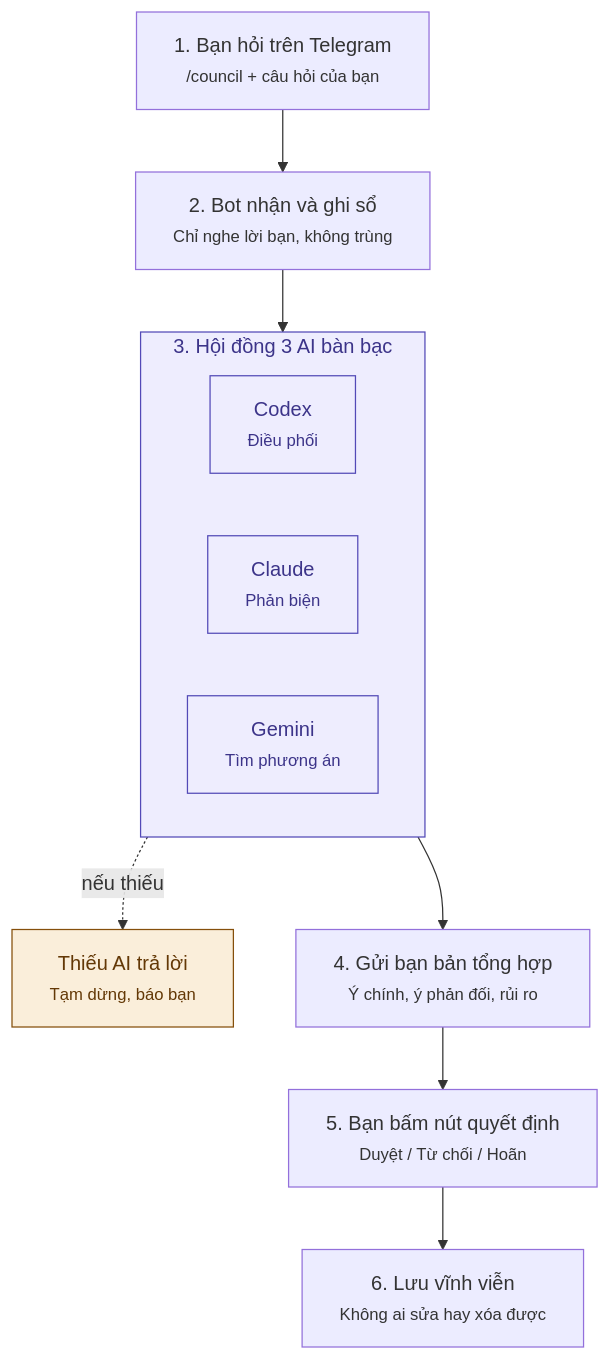
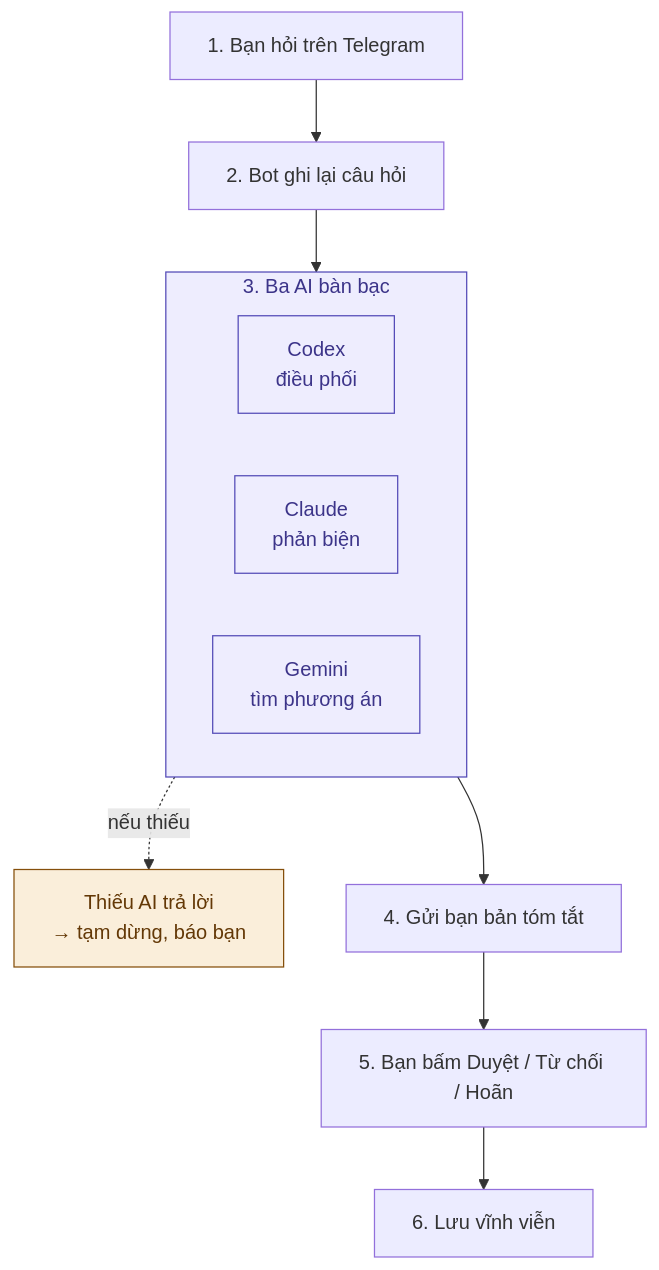
One commit to txgirlfever-droid/ai-council changed the diagram in docs/HUONG_DAN.md. Above: the diagram before and after it, drawn with Mermaid. The commit also changed other lines of this file, not shown here.

````diff
--- a/docs/HUONG_DAN.md
+++ b/docs/HUONG_DAN.md
@@ -16,23 +8,23 @@
 ```mermaid
 flowchart TD
-    A["1. Bạn hỏi trên Telegram<br/><small>/council + câu hỏi của bạn</small>"]
-    B["2. Bot nhận và ghi sổ<br/><small>Chỉ nghe lời bạn, không trùng</small>"]
-    subgraph C["3. Hội đồng 3 AI bàn bạc"]
+    A["1. Bạn hỏi trên Telegram"]
+    B["2. Bot ghi lại câu hỏi"]
+    subgraph C["3. Ba AI bàn bạc"]
         direction LR
-        C1["Codex<br/><small>Điều phối</small>"]
-        C2["Claude<br/><small>Phản biện</small>"]
-        C3["Gemini<br/><small>Tìm phương án</small>"]
+        C1["Codex<br/>điều phối"]
+        C2["Claude<br/>phản biện"]
+        C3["Gemini<br/>tìm phương án"]
     end
-    P["Thiếu AI trả lời<br/><small>Tạm dừng, báo bạn</small>"]
-    D["4. Gửi bạn bản tổng hợp<br/><small>Ý chính, ý phản đối, rủi ro</small>"]
-    E["5. Bạn bấm nút quyết định<br/><small>Duyệt / Từ chối / Hoãn</small>"]
-    F["6. Lưu vĩnh viễn<br/><small>Không ai sửa hay xóa được</small>"]
+    P["Thiếu AI trả lời<br/>→ tạm dừng, báo bạn"]
+    D["4. Gửi bạn bản tóm tắt"]
+    E["5. Bạn bấm Duyệt / Từ chối / Hoãn"]
+    F["6. Lưu vĩnh viễn"]
 
     A --> B --> C --> D --> E --> F
     C -. nếu thiếu .-> P
 
     classDef council fill:#EEEDFE,stroke:#534AB7,color:#3C3489
     classDef warn fill:#FAEEDA,stroke:#854F0B,color:#633806
     class C,C1,C2,C3 council
     class P warn
 ```
````
